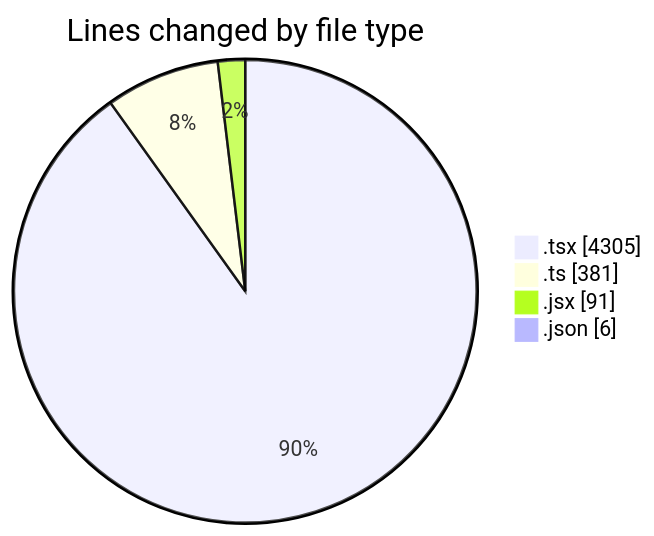
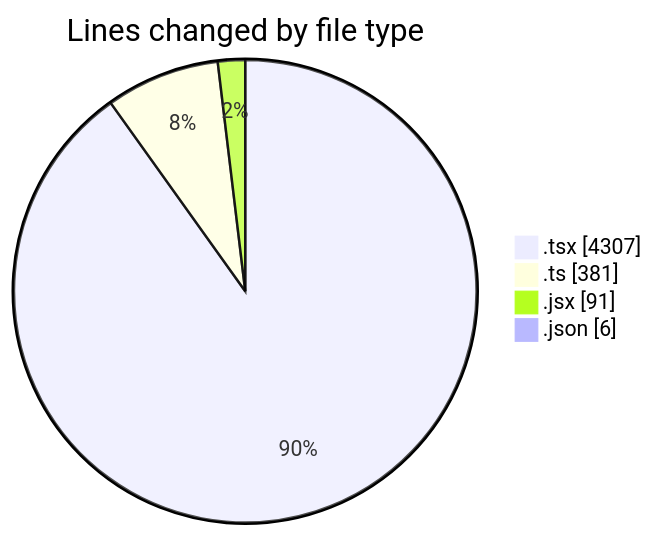
One commit to momahboobian/code-tracking changed the first of 2 diagrams in 2026-04-27/cda/README.md. Above: the diagram before and after it, drawn with Mermaid. The commit also changed other lines of this file and 1 other file, not shown here.

````diff
--- a/2026-04-27/cda/README.md
+++ b/2026-04-27/cda/README.md
@@ -39,8 +39,8 @@
 ```mermaid
 pie showData
 title Lines changed by file type
-".tsx" : 4305
+".tsx" : 4307
 ".ts" : 381
 ".jsx" : 91
 ".json" : 6
 ```
````
